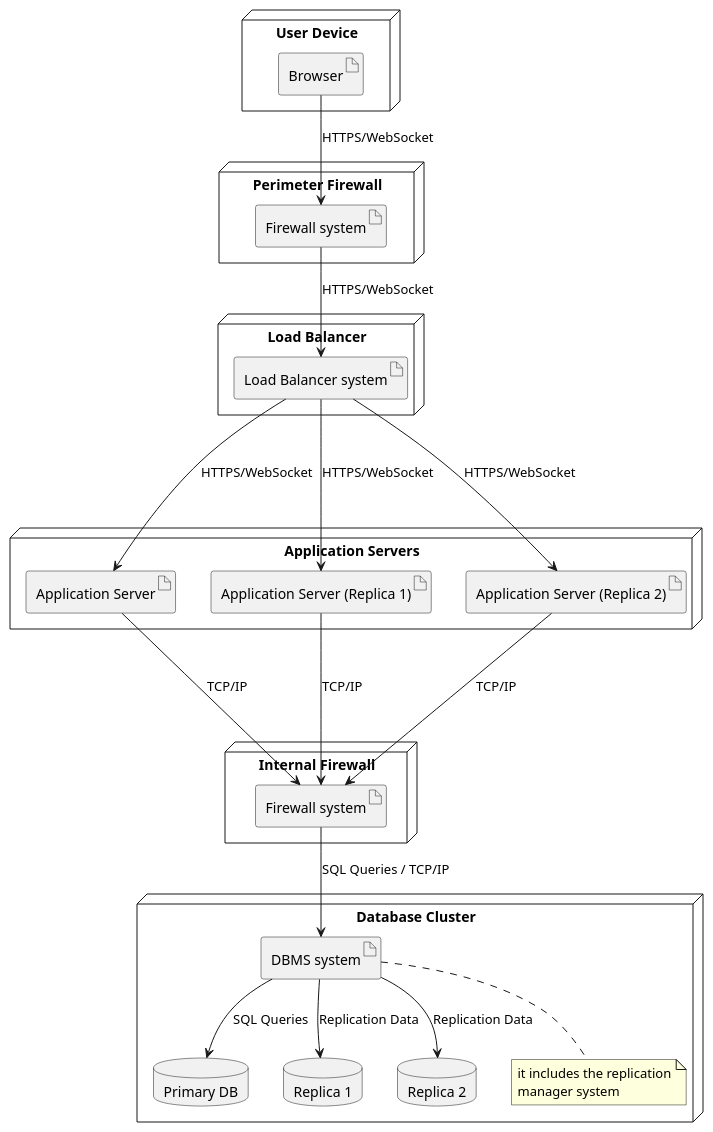
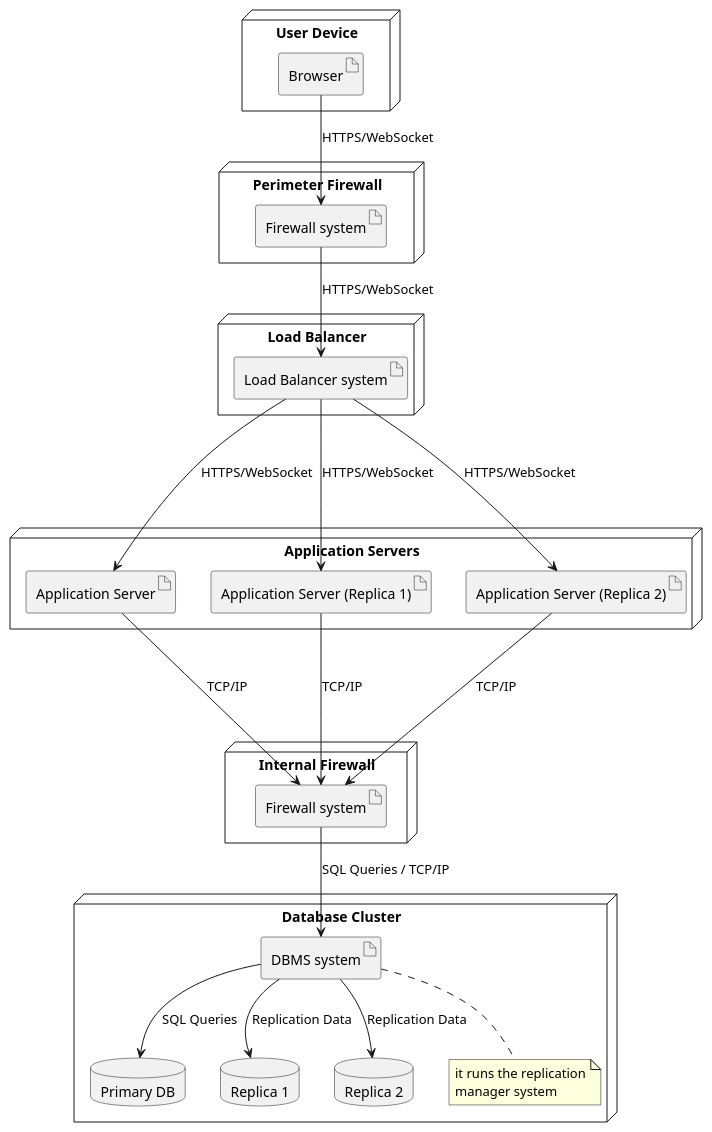
The diagram in DD/Architectural_design/uml_diagrams/deployment_diagram.puml (matti8702/R_and_DD_project_SE2), drawn with PlantUML before and after one commit. The commit also changed 2 other files, not shown here.

```diff
--- a/DD/Architectural_design/uml_diagrams/deployment_diagram.puml
+++ b/DD/Architectural_design/uml_diagrams/deployment_diagram.puml
@@ -1,48 +1,48 @@
 @startuml deployment_diagram
 
 node "User Device" {
   artifact "Browser" as UserBrowser
 }
 
 node "Perimeter Firewall" {
   artifact "Firewall system" as PerimeterFW
 }
 
 node "Load Balancer" as LoadBalancer {
   artifact "Load Balancer system" as LBSystem
 }
 
 node "Application Servers" as AppServers {
   artifact "Application Server" as AppServer1
   artifact "Application Server (Replica 1)" as AppServer2
   artifact "Application Server (Replica 2)" as AppServer3
 }
 
 node "Database Cluster" {
   artifact "DBMS system" as DBMS
   database "Primary DB" as PrimaryDB
   database "Replica 1" as ReplicaDB1
   database "Replica 2" as ReplicaDB2
-  note bottom of DBMS: it includes the replication\nmanager system
+  note bottom of DBMS: it runs the replication\nmanager system
 }
 
 node "Internal Firewall" {
   artifact "Firewall system" as InternalFW
 }
 
 
 UserBrowser --> PerimeterFW : "HTTPS/WebSocket"
 PerimeterFW --> LBSystem : "HTTPS/WebSocket"
 LBSystem ---> AppServer1 : "HTTPS/WebSocket"
 LBSystem ---> AppServer2 : "HTTPS/WebSocket"
 LBSystem ---> AppServer3 : "HTTPS/WebSocket"
 
 AppServer1 ---> InternalFW : "TCP/IP"
 AppServer2 ---> InternalFW : "TCP/IP"
 AppServer3 ---> InternalFW : "TCP/IP"
 
 InternalFW --> DBMS : "SQL Queries / TCP/IP"
 DBMS --> PrimaryDB : SQL Queries
 DBMS --> ReplicaDB1 : "Replication Data"
 DBMS --> ReplicaDB2 : "Replication Data"
 @enduml
```
